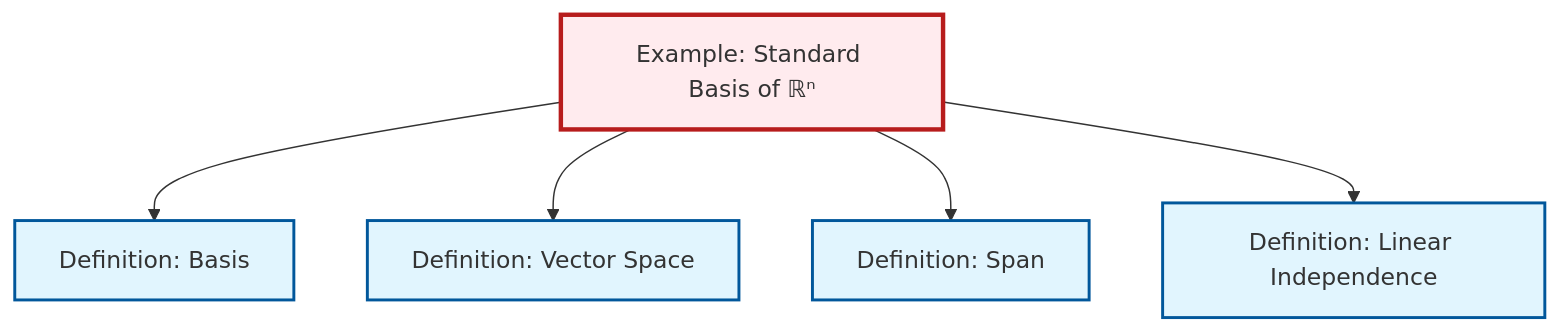
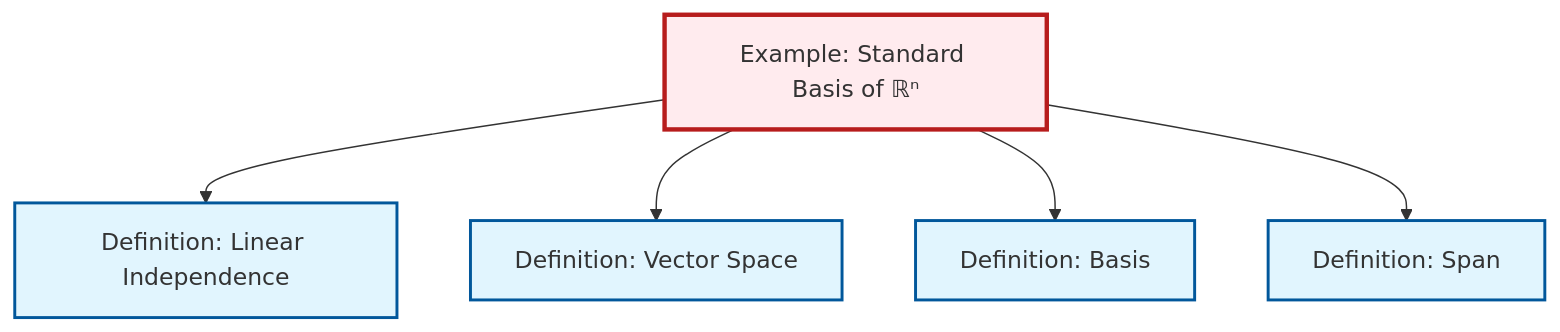
The diagram in content/en/algebra/ex-standard-basis-rn.qmd (RK0429/ModernMath), drawn with Mermaid before and after one commit. The commit also changed other lines of this file and 497 other files, not shown here.

````diff
--- a/content/en/algebra/ex-standard-basis-rn.qmd
+++ b/content/en/algebra/ex-standard-basis-rn.qmd
@@ -62,23 +62,23 @@
 ```{mermaid}
 %%| fig-cap: "Local dependency graph"
 graph TD
     classDef definition fill:#e1f5fe,stroke:#01579b,stroke-width:2px
     classDef theorem fill:#f3e5f5,stroke:#4a148c,stroke-width:2px
     classDef axiom fill:#fff3e0,stroke:#e65100,stroke-width:2px
     classDef example fill:#e8f5e9,stroke:#1b5e20,stroke-width:2px
     classDef current fill:#ffebee,stroke:#b71c1c,stroke-width:3px
+    ex-standard-basis-rn["Example: Standard Basis of ℝⁿ"]:::example
+    def-vector-space["Definition: Vector Space"]:::definition
     def-basis["Definition: Basis"]:::definition
+    def-linear-independence["Definition: Linear Independence"]:::definition
     def-span["Definition: Span"]:::definition
-    def-vector-space["Definition: Vector Space"]:::definition
-    ex-standard-basis-rn["Example: Standard Basis of ℝⁿ"]:::example
-    def-linear-independence["Definition: Linear Independence"]:::definition
+    ex-standard-basis-rn --> def-linear-independence
+    ex-standard-basis-rn --> def-vector-space
     ex-standard-basis-rn --> def-basis
-    ex-standard-basis-rn --> def-vector-space
     ex-standard-basis-rn --> def-span
-    ex-standard-basis-rn --> def-linear-independence
     class ex-standard-basis-rn current
+    click def-vector-space "def-vector-space.html" "Go to Vector Space definition"
     click def-basis "def-basis.html" "Go to Basis definition"
+    click def-linear-independence "def-linear-independence.html" "Go to Linear Independence definition"
     click def-span "def-span.html" "Go to Span definition"
-    click def-vector-space "def-vector-space.html" "Go to Vector Space definition"
-    click def-linear-independence "def-linear-independence.html" "Go to Linear Independence definition"
 ```
````
